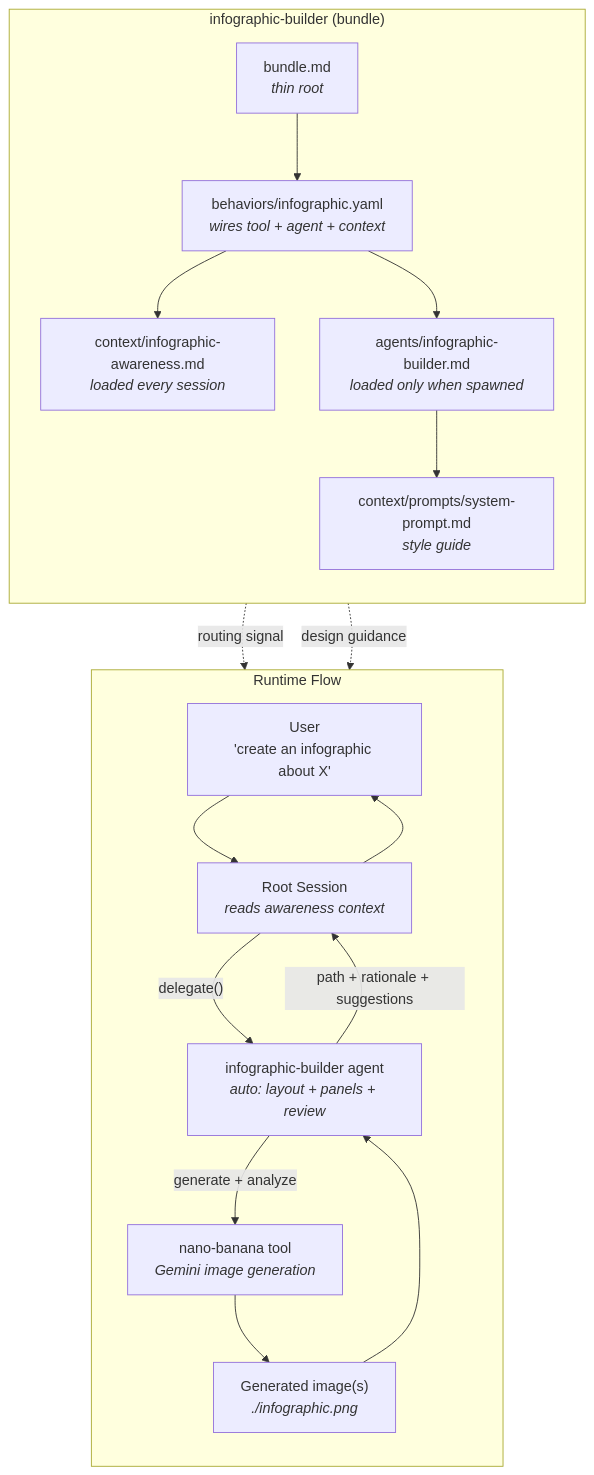
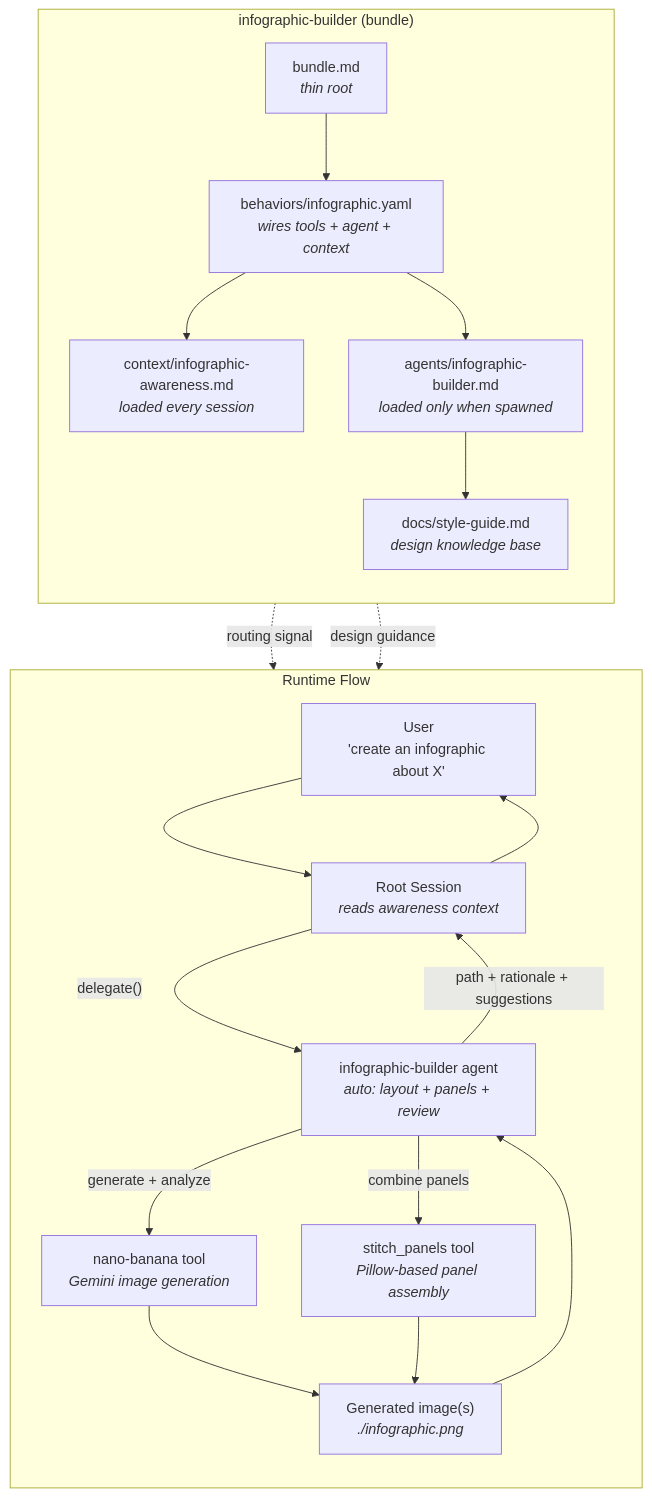
The diagram in README.md (singh2/infographic-builder), drawn with Mermaid before and after one commit. The commit also changed other lines of this file and 7 other files, not shown here.

````diff
--- a/README.md
+++ b/README.md
@@ -90,35 +145,38 @@
 ```mermaid
 flowchart TB
     subgraph bundle ["infographic-builder (bundle)"]
         direction TB
         B["bundle.md<br/><i>thin root</i>"]
-        BH["behaviors/infographic.yaml<br/><i>wires tool + agent + context</i>"]
+        BH["behaviors/infographic.yaml<br/><i>wires tools + agent + context</i>"]
         AW["context/infographic-awareness.md<br/><i>loaded every session</i>"]
-        SP["context/prompts/system-prompt.md<br/><i>style guide</i>"]
+        SG["docs/style-guide.md<br/><i>design knowledge base</i>"]
         AG["agents/infographic-builder.md<br/><i>loaded only when spawned</i>"]
         B --> BH
         BH --> AW
         BH --> AG
-        AG --> SP
+        AG --> SG
     end
 
     subgraph runtime ["Runtime Flow"]
         direction TB
         U["User<br/>'create an infographic about X'"]
         RS["Root Session<br/><i>reads awareness context</i>"]
         DE["infographic-builder agent<br/><i>auto: layout + panels + review</i>"]
         NB["nano-banana tool<br/><i>Gemini image generation</i>"]
+        SP["stitch_panels tool<br/><i>Pillow-based panel assembly</i>"]
         IMG["Generated image(s)<br/><i>./infographic.png</i>"]
 
         U --> RS
         RS -->|"delegate()"| DE
         DE -->|"generate + analyze"| NB
+        DE -->|"combine panels"| SP
         NB --> IMG
+        SP --> IMG
         IMG --> DE
         DE -->|"path + rationale + suggestions"| RS
         RS --> U
     end
 
     AW -.->|"routing signal"| RS
-    SP -.->|"design guidance"| DE
+    SG -.->|"design guidance"| DE
 ```
````
